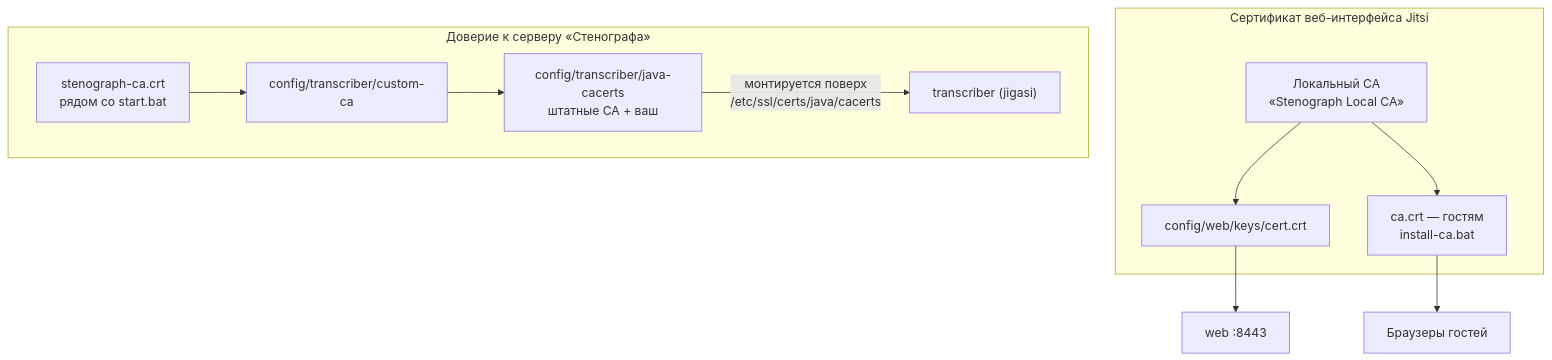
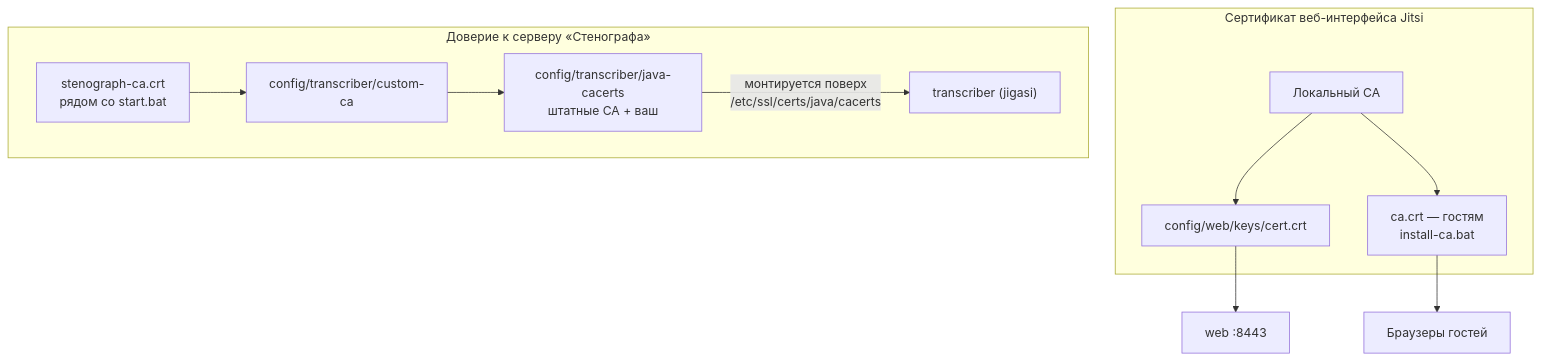
Before and after one commit to mbiuib/Stenograph: the third of 3 diagrams in deploy/jitsi-windows/README.md, drawn with Mermaid. The commit also changed other lines of this file and 5 other files, not shown here.

````diff
--- a/deploy/jitsi-windows/README.md
+++ b/deploy/jitsi-windows/README.md
@@ -101,14 +102,14 @@
 ```mermaid
 flowchart TD
     subgraph jitsi_side["Сертификат веб-интерфейса Jitsi"]
-        ca["Локальный CA<br/>«Stenograph Local CA»"] --> webcrt["config/web/keys/cert.crt"]
+        ca["Локальный CA"] --> webcrt["config/web/keys/cert.crt"]
         ca --> cacrt["ca.crt — гостям<br/>install-ca.bat"]
     end
     subgraph st_side["Доверие к серверу «Стенографа»"]
         stca["stenograph-ca.crt<br/>рядом со start.bat"] --> customca["config/transcriber/custom-ca"]
         customca --> jvm["config/transcriber/java-cacerts<br/>штатные CA + ваш"]
         jvm -- "монтируется поверх<br/>/etc/ssl/certs/java/cacerts" --> jigasi["transcriber (jigasi)"]
     end
     webcrt --> web["web :8443"]
     cacrt --> guests["Браузеры гостей"]
 ```
````
